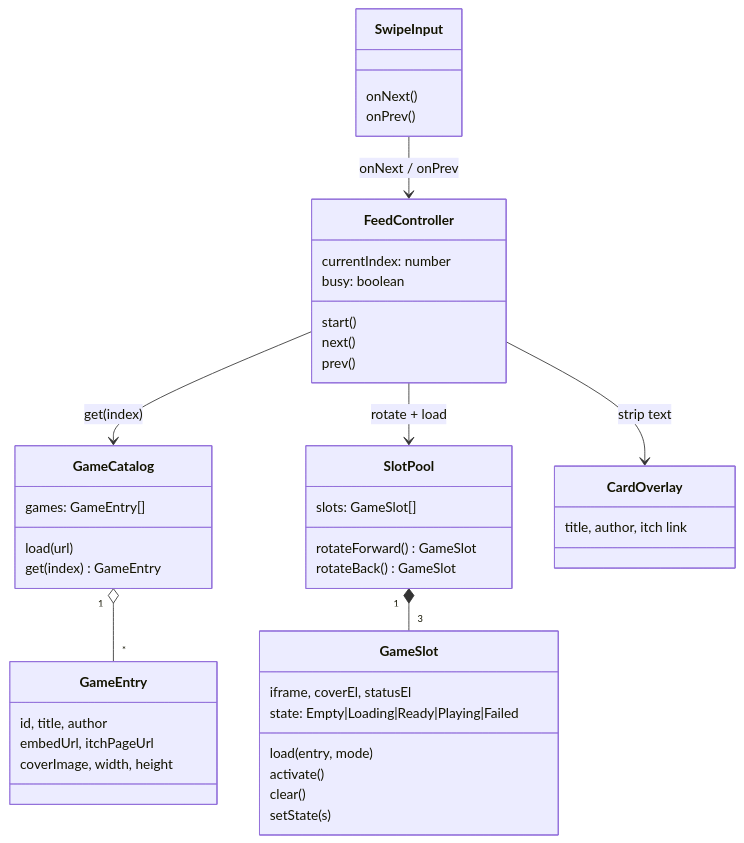
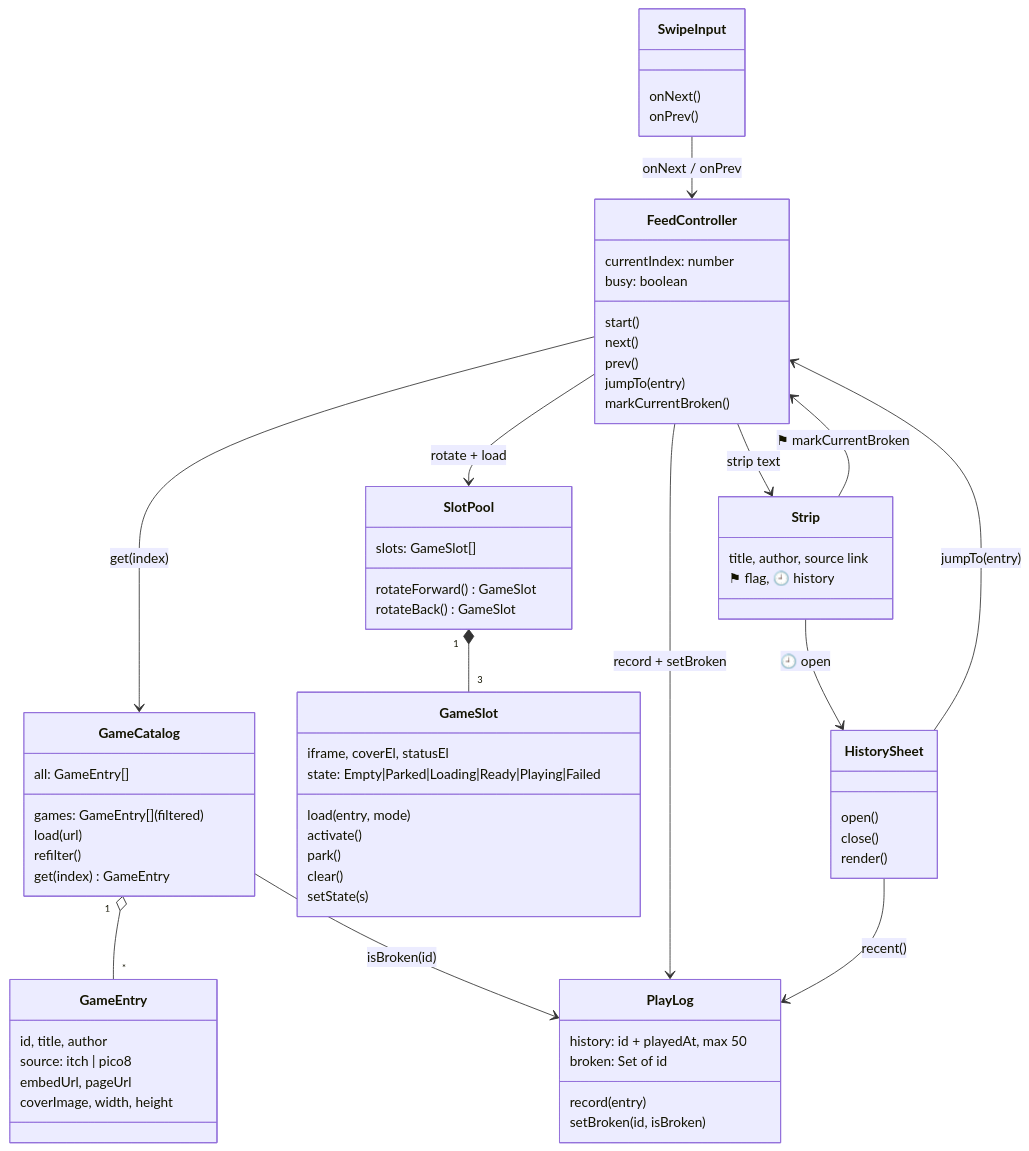
Before and after one commit to abr-designs/web-apps: the first of 5 diagrams in apps/snackable/docs/plans/0001-snackable-game-feed.md, drawn with Mermaid. The commit also changed other lines of this file and 15 other files, not shown here.

First line of the commit message:
Snackable broken marks, History sheet and PICO-8 carts

````diff
--- a/apps/snackable/docs/plans/0001-snackable-game-feed.md
+++ b/apps/snackable/docs/plans/0001-snackable-game-feed.md
@@ -49,46 +55,70 @@
 ```mermaid
 classDiagram
     class GameCatalog {
-      games: GameEntry[]
+      all: GameEntry[]
+      games: GameEntry[] (filtered)
       load(url)
+      refilter()
       get(index) GameEntry
     }
     class GameEntry {
       id, title, author
-      embedUrl, itchPageUrl
+      source: itch | pico8
+      embedUrl, pageUrl
       coverImage, width, height
     }
     class FeedController {
       currentIndex: number
       busy: boolean
       start()
       next()
       prev()
+      jumpTo(entry)
+      markCurrentBroken()
     }
     class SlotPool {
       slots: GameSlot[]
       rotateForward() GameSlot
       rotateBack() GameSlot
     }
     class GameSlot {
       iframe, coverEl, statusEl
-      state: Empty|Loading|Ready|Playing|Failed
+      state: Empty|Parked|Loading|Ready|Playing|Failed
       load(entry, mode)
       activate()
+      park()
       clear()
       setState(s)
+    }
+    class PlayLog {
+      history: id + playedAt, max 50
+      broken: Set of id
+      record(entry)
+      setBroken(id, isBroken)
+    }
+    class HistorySheet {
+      open()
+      close()
+      render()
     }
     class SwipeInput {
       onNext()
       onPrev()
     }
-    class CardOverlay {
-      title, author, itch link
+    class Strip {
+      title, author, source link
+      ⚑ flag, 🕘 history
     }
     GameCatalog "1" o-- "*" GameEntry
+    GameCatalog --> PlayLog : isBroken(id)
     FeedController --> GameCatalog : get(index)
     FeedController --> SlotPool : rotate + load
+    FeedController --> PlayLog : record + setBroken
     SlotPool "1" *-- "3" GameSlot
     SwipeInput --> FeedController : onNext / onPrev
-    FeedController --> CardOverlay : strip text
+    FeedController --> Strip : strip text
+    Strip --> FeedController : ⚑ markCurrentBroken
+    Strip --> HistorySheet : 🕘 open
+    HistorySheet --> PlayLog : recent()
+    HistorySheet --> FeedController : jumpTo(entry)
 ```
````
